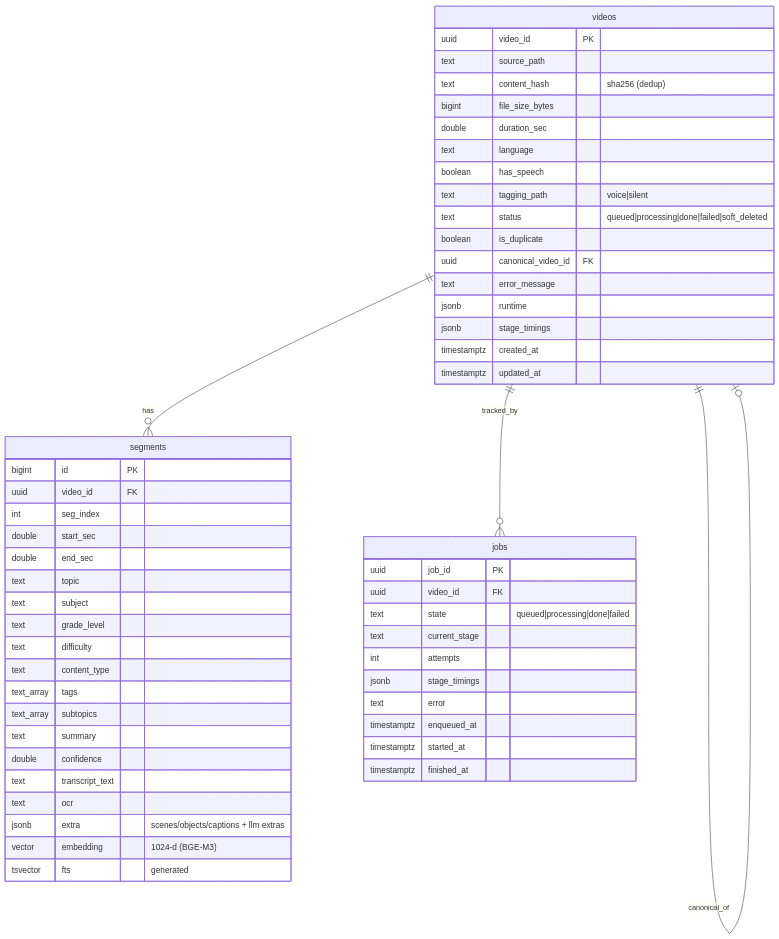
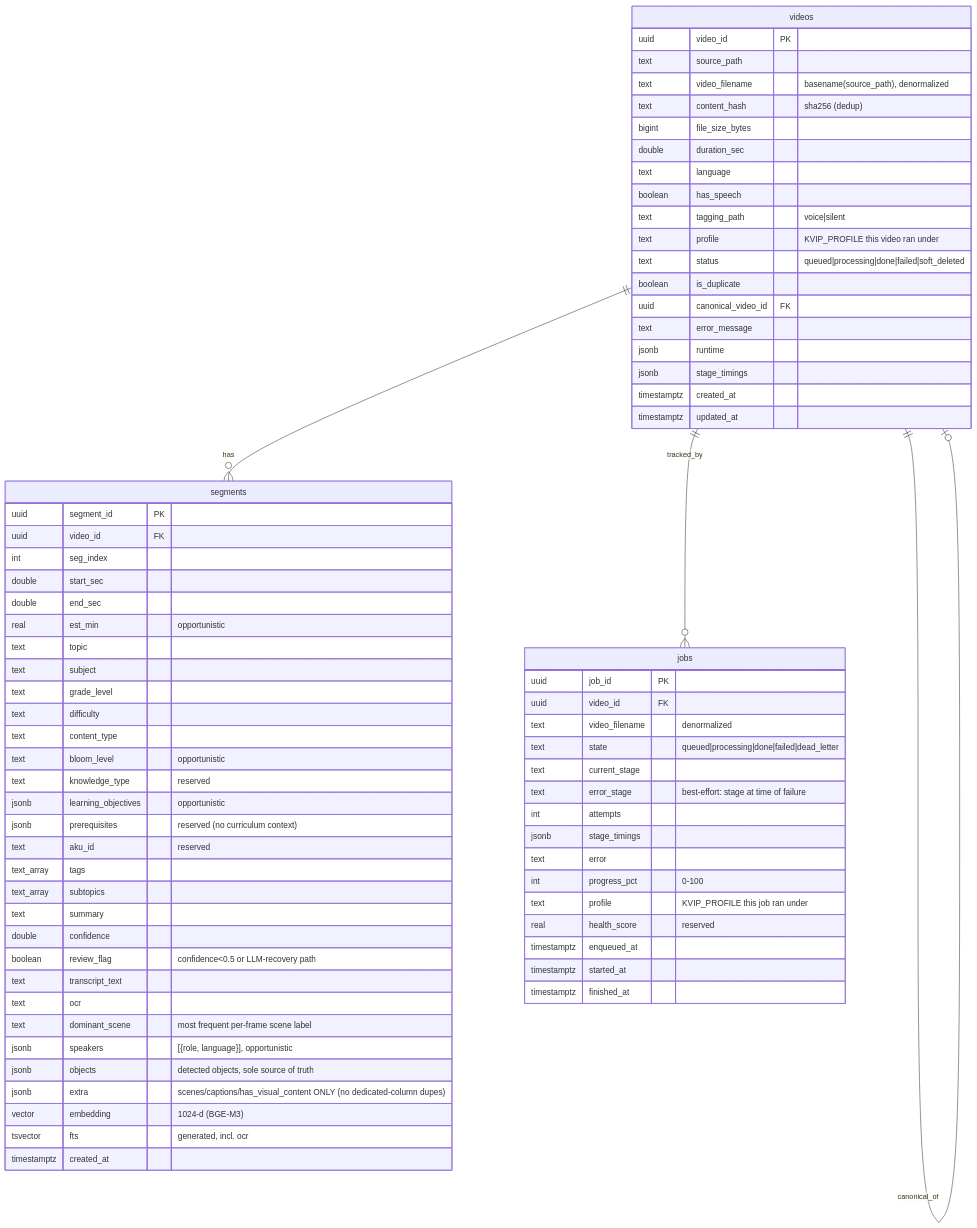
The diagram in docs/DATABASE.md (MeeraVelu/Katbook_VIP_2), drawn with Mermaid before and after one commit. The commit also changed other lines of this file and 22 other files, not shown here.

Commit message:
cleanup: rename segments.id → segment_id, drop hallucination, reorder columns, deduplicate extra

````diff
--- a/docs/DATABASE.md
+++ b/docs/DATABASE.md
@@ -27,58 +28,76 @@
 ```mermaid
 erDiagram
     videos ||--o{ segments : has
     videos ||--o{ jobs : tracked_by
     videos ||--o| videos : canonical_of
 
     videos {
         uuid video_id PK
         text source_path
+        text video_filename "basename(source_path), denormalized"
         text content_hash "sha256 (dedup)"
         bigint file_size_bytes
         double duration_sec
         text language
         boolean has_speech
         text tagging_path "voice|silent"
+        text profile "KVIP_PROFILE this video ran under"
         text status "queued|processing|done|failed|soft_deleted"
         boolean is_duplicate
         uuid canonical_video_id FK
         text error_message
         jsonb runtime
         jsonb stage_timings
         timestamptz created_at
         timestamptz updated_at
     }
     segments {
-        bigint id PK
+        uuid segment_id PK
         uuid video_id FK
         int seg_index
         double start_sec
         double end_sec
+        real est_min "opportunistic"
         text topic
         text subject
         text grade_level
         text difficulty
         text content_type
+        text bloom_level "opportunistic"
+        text knowledge_type "reserved"
+        jsonb learning_objectives "opportunistic"
+        jsonb prerequisites "reserved (no curriculum context)"
+        text aku_id "reserved"
         text_array tags
         text_array subtopics
         text summary
         double confidence
+        boolean review_flag "confidence<0.5 or LLM-recovery path"
         text transcript_text
         text ocr
-        jsonb extra "scenes/objects/captions + llm extras"
+        text dominant_scene "most frequent per-frame scene label"
+        jsonb speakers "[{role, language}], opportunistic"
+        jsonb objects "detected objects, sole source of truth"
+        jsonb extra "scenes/captions/has_visual_content ONLY (no dedicated-column dupes)"
         vector embedding "1024-d (BGE-M3)"
-        tsvector fts "generated"
+        tsvector fts "generated, incl. ocr"
+        timestamptz created_at
     }
     jobs {
         uuid job_id PK
         uuid video_id FK
-        text state "queued|processing|done|failed"
+        text video_filename "denormalized"
+        text state "queued|processing|done|failed|dead_letter"
         text current_stage
+        text error_stage "best-effort: stage at time of failure"
         int attempts
         jsonb stage_timings
         text error
+        int progress_pct "0-100"
+        text profile "KVIP_PROFILE this job ran under"
+        real health_score "reserved"
         timestamptz enqueued_at
         timestamptz started_at
         timestamptz finished_at
     }
 ```
````
